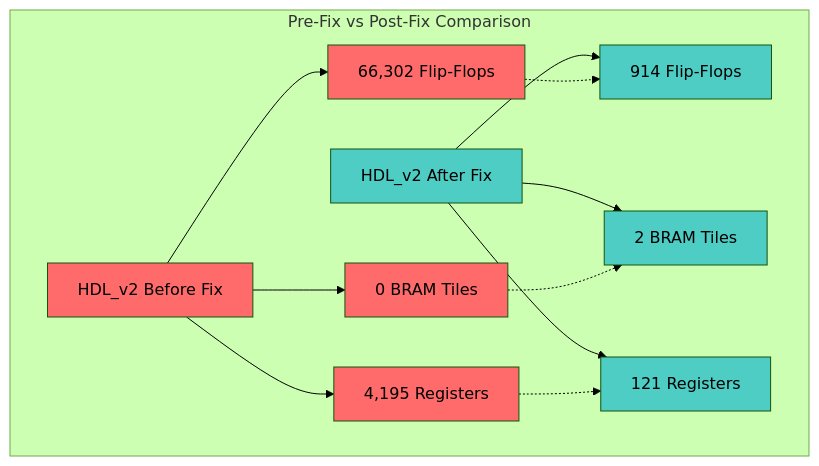
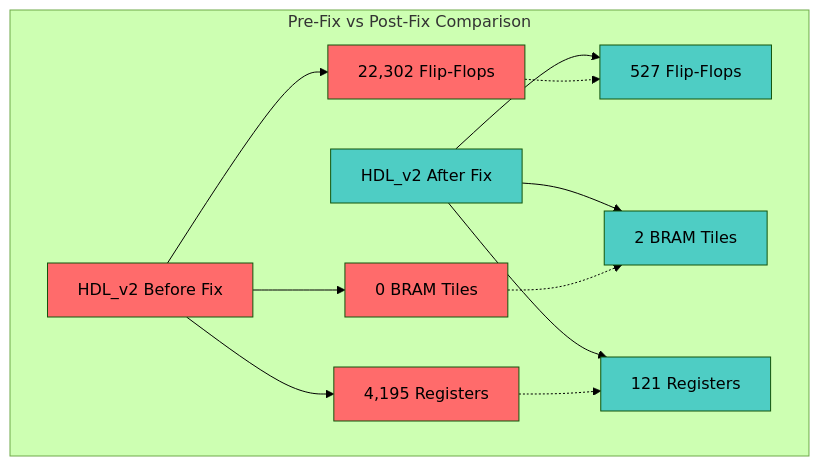
Before and after one commit to rockyco/extractSSBsig: the second of 16 diagrams in README.md, drawn with Mermaid (forest theme). The commit also changed other lines of this file, not shown here.

````diff
--- a/README.md
+++ b/README.md
@@ -313,25 +313,25 @@
 ```mermaid
 graph TB
     subgraph "Pre-Fix vs Post-Fix Comparison"
-        A[HDL_v2 Before Fix] --> A1[66,302 Flip-Flops]
+        A[HDL_v2 Before Fix] --> A1[22,302 Flip-Flops]
         A --> A2[0 BRAM Tiles]
         A --> A3[4,195 Registers]
         
-        B[HDL_v2 After Fix] --> B1[914 Flip-Flops]
+        B[HDL_v2 After Fix] --> B1[527 Flip-Flops]
         B --> B2[2 BRAM Tiles]
         B --> B3[121 Registers]
         
         A1 -.-> B1
         A2 -.-> B2
         A3 -.-> B3
     end
     
     style A fill:#ff6b6b
     style B fill:#4ecdc4
     style A1 fill:#ff6b6b
     style A2 fill:#ff6b6b
     style A3 fill:#ff6b6b
     style B1 fill:#4ecdc4
     style B2 fill:#4ecdc4
     style B3 fill:#4ecdc4
 ```
````
